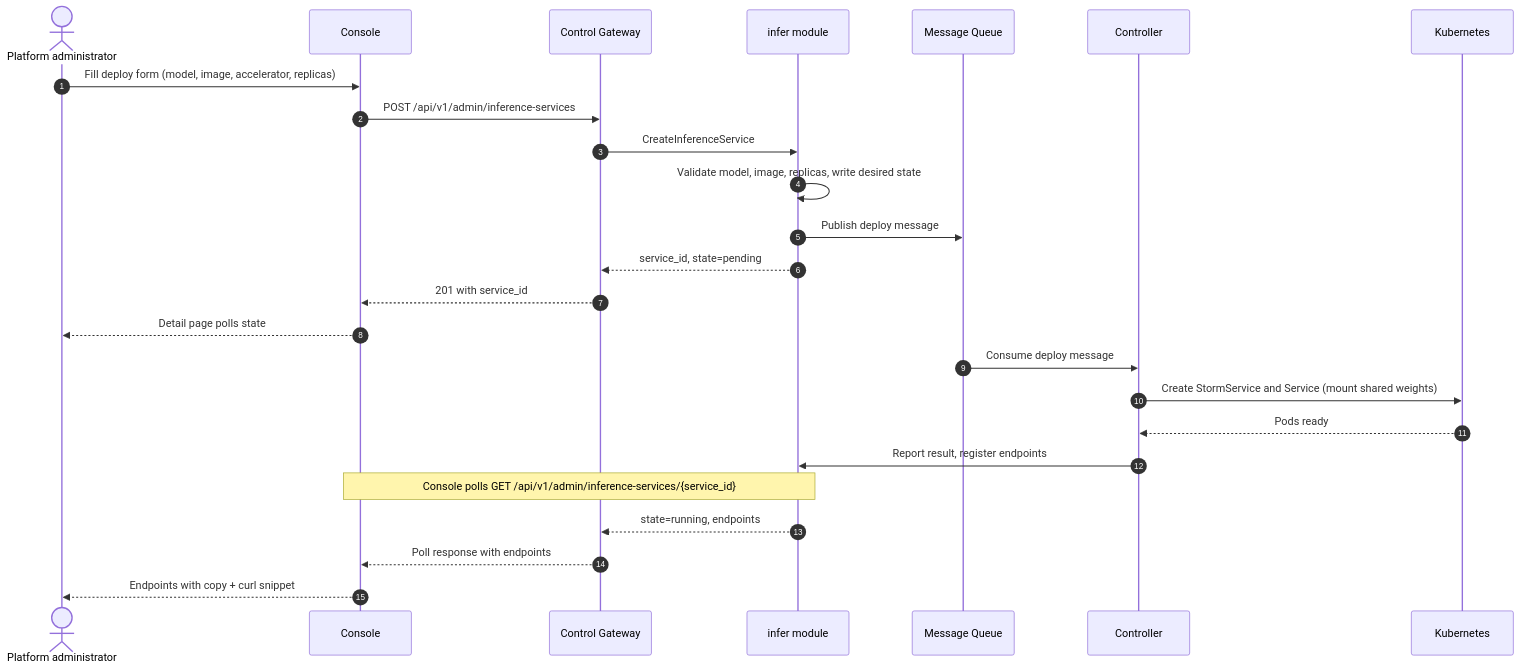
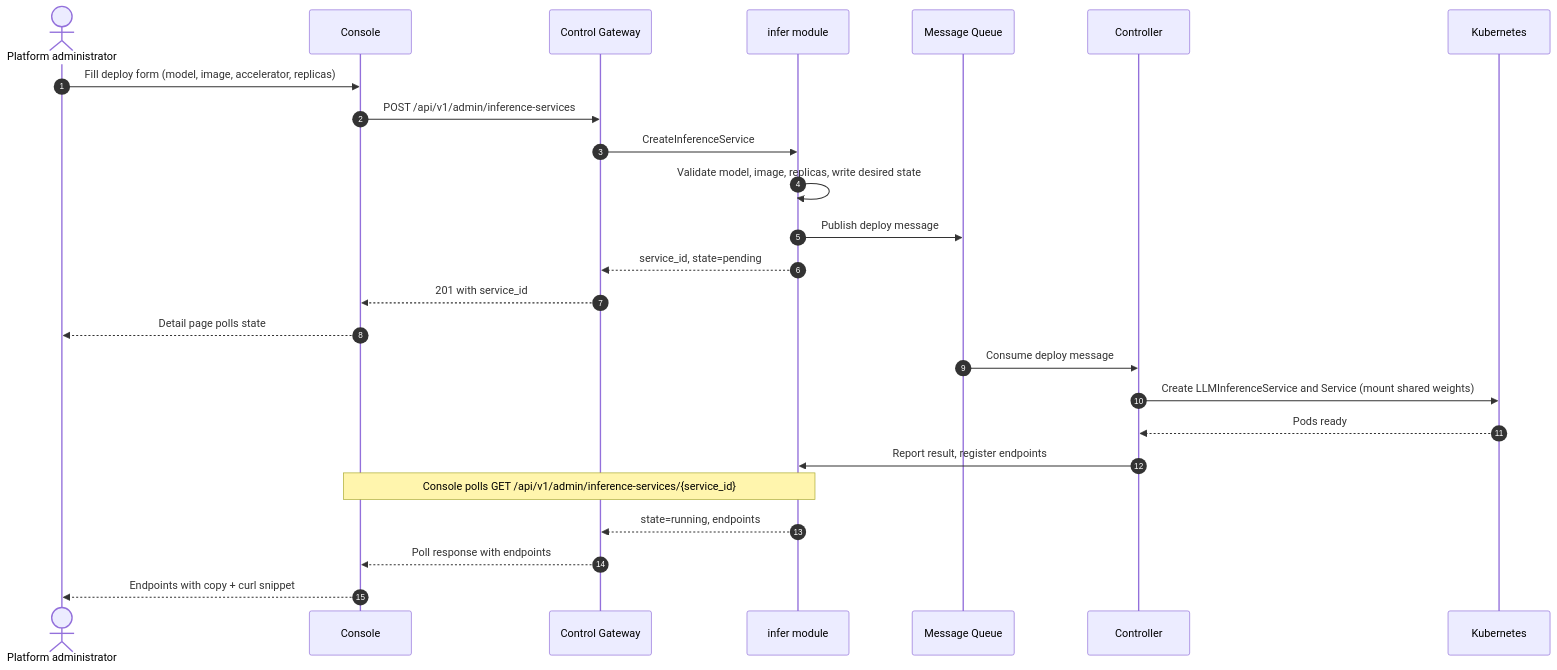
One commit to go-taas/go-taas changed the third of 4 diagrams in site/docs/design/model-catalog-deployment.md. Above: the diagram before and after it, drawn with Mermaid. The commit also changed other lines of this file and 151 other files, not shown here.

````diff
--- a/site/docs/design/model-catalog-deployment.md
+++ b/site/docs/design/model-catalog-deployment.md
@@ -194,28 +194,28 @@
 ```mermaid
 sequenceDiagram
     autonumber
     actor Admin as Platform administrator
     participant Console as Console
     participant CGW as Control Gateway
     participant Infer as infer module
     participant MQ as Message Queue
     participant CTRL as Controller
     participant K8s as Kubernetes
 
     Admin->>Console: Fill deploy form (model, image, accelerator, replicas)
     Console->>CGW: POST /api/v1/admin/inference-services
     CGW->>Infer: CreateInferenceService
     Infer->>Infer: Validate model, image, replicas, write desired state
     Infer->>MQ: Publish deploy message
     Infer-->>CGW: service_id, state=pending
     CGW-->>Console: 201 with service_id
     Console-->>Admin: Detail page polls state
     MQ->>CTRL: Consume deploy message
-    CTRL->>K8s: Create StormService and Service (mount shared weights)
+    CTRL->>K8s: Create LLMInferenceService and Service (mount shared weights)
     K8s-->>CTRL: Pods ready
     CTRL->>Infer: Report result, register endpoints
     Note over Console,Infer: Console polls GET /api/v1/admin/inference-services/{service_id}
     Infer-->>CGW: state=running, endpoints
     CGW-->>Console: Poll response with endpoints
     Console-->>Admin: Endpoints with copy + curl snippet
 ```
````
